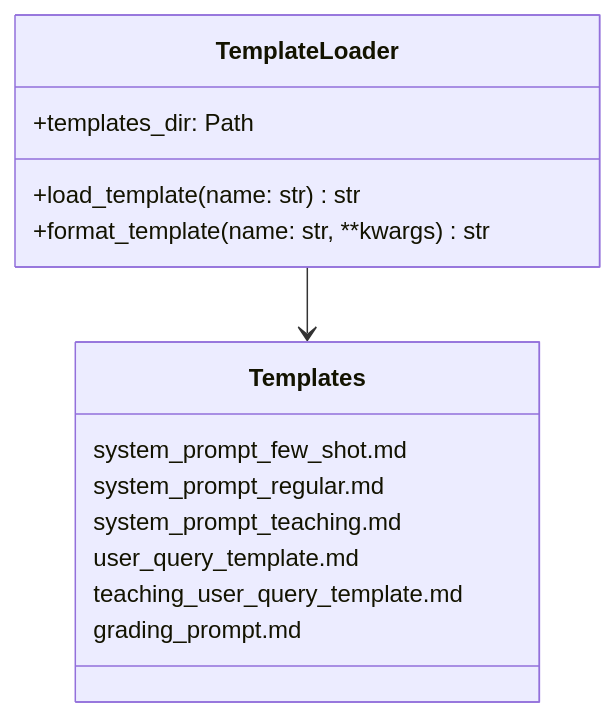
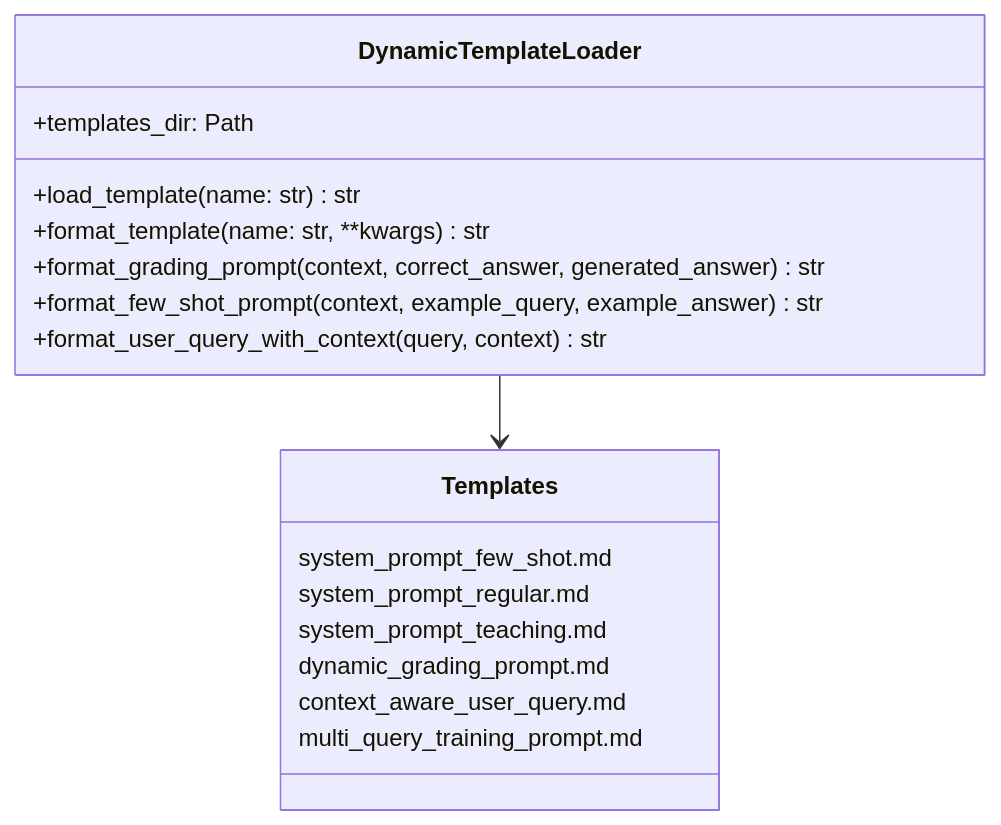
The second of 12 diagrams in README.md (Psilocybin2K/qwen-rl), drawn with Mermaid before and after one commit. The commit also changed other lines of this file, not shown here.

````diff
--- a/README.md
+++ b/README.md
@@ -70,19 +73,22 @@
 ```mermaid
 classDiagram
-    class TemplateLoader {
+    class DynamicTemplateLoader {
         +templates_dir: Path
         +load_template(name: str) str
         +format_template(name: str, **kwargs) str
+        +format_grading_prompt(context, correct_answer, generated_answer) str
+        +format_few_shot_prompt(context, example_query, example_answer) str
+        +format_user_query_with_context(query, context) str
     }
     
     class Templates {
         system_prompt_few_shot.md
         system_prompt_regular.md
         system_prompt_teaching.md
-        user_query_template.md
-        teaching_user_query_template.md
-        grading_prompt.md
+        dynamic_grading_prompt.md
+        context_aware_user_query.md
+        multi_query_training_prompt.md
     }
     
-    TemplateLoader --> Templates
+    DynamicTemplateLoader --> Templates
 ```
````
